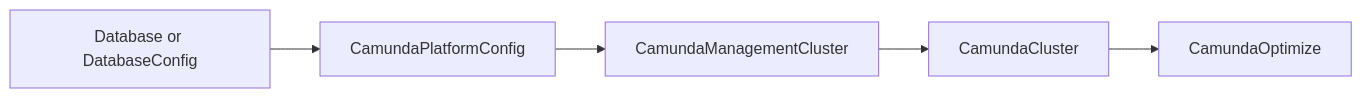
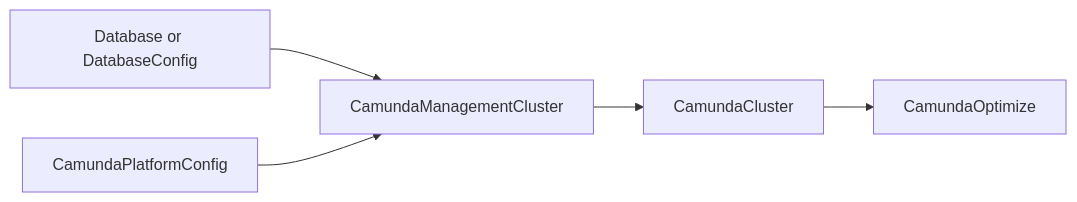
The diagram in docs/guides/management-plane.md (konsole-is/camunda-operator), drawn with Mermaid before and after one commit. The commit also changed other lines of this file and 1 other file, not shown here.

Commit message:
docs(guides): name the Keycloak Operator release and the resources the management plane reads (#192)
Two review findings. The prerequisite sentences say Keycloak Operator
release and give the bound as 26.7.0. The order-of-creation diagram feeds
the databases and the platform config into the management cluster, since
the platform config reads no database.

Claude-Session: https://claude.ai/code/session_012QtvcueQcN6WYrufnvgYrD

````diff
--- a/docs/guides/management-plane.md
+++ b/docs/guides/management-plane.md
@@ -20,7 +20,7 @@
 ```mermaid
 graph LR
-    DB["Database or DatabaseConfig"] --> PFC[CamundaPlatformConfig]
-    PFC --> MC[CamundaManagementCluster]
+    DB["Database or DatabaseConfig"] --> MC[CamundaManagementCluster]
+    PFC[CamundaPlatformConfig] --> MC
     MC --> CC[CamundaCluster]
     CC --> OPT[CamundaOptimize]
 ```
````
